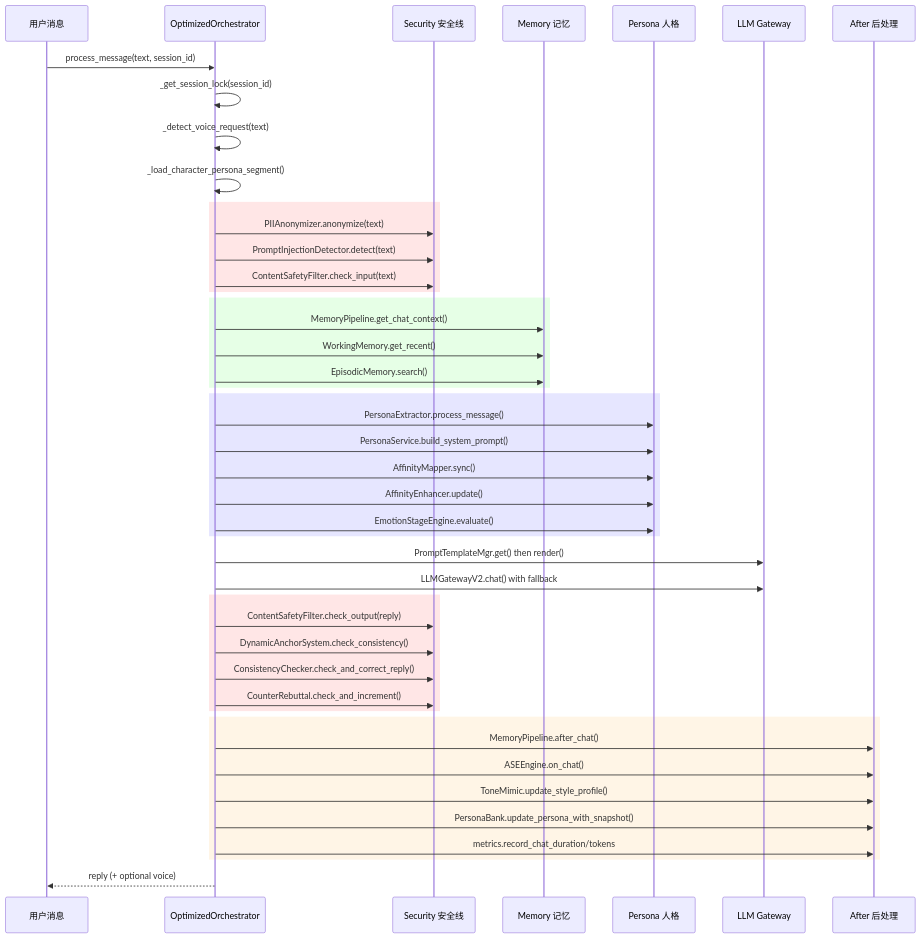
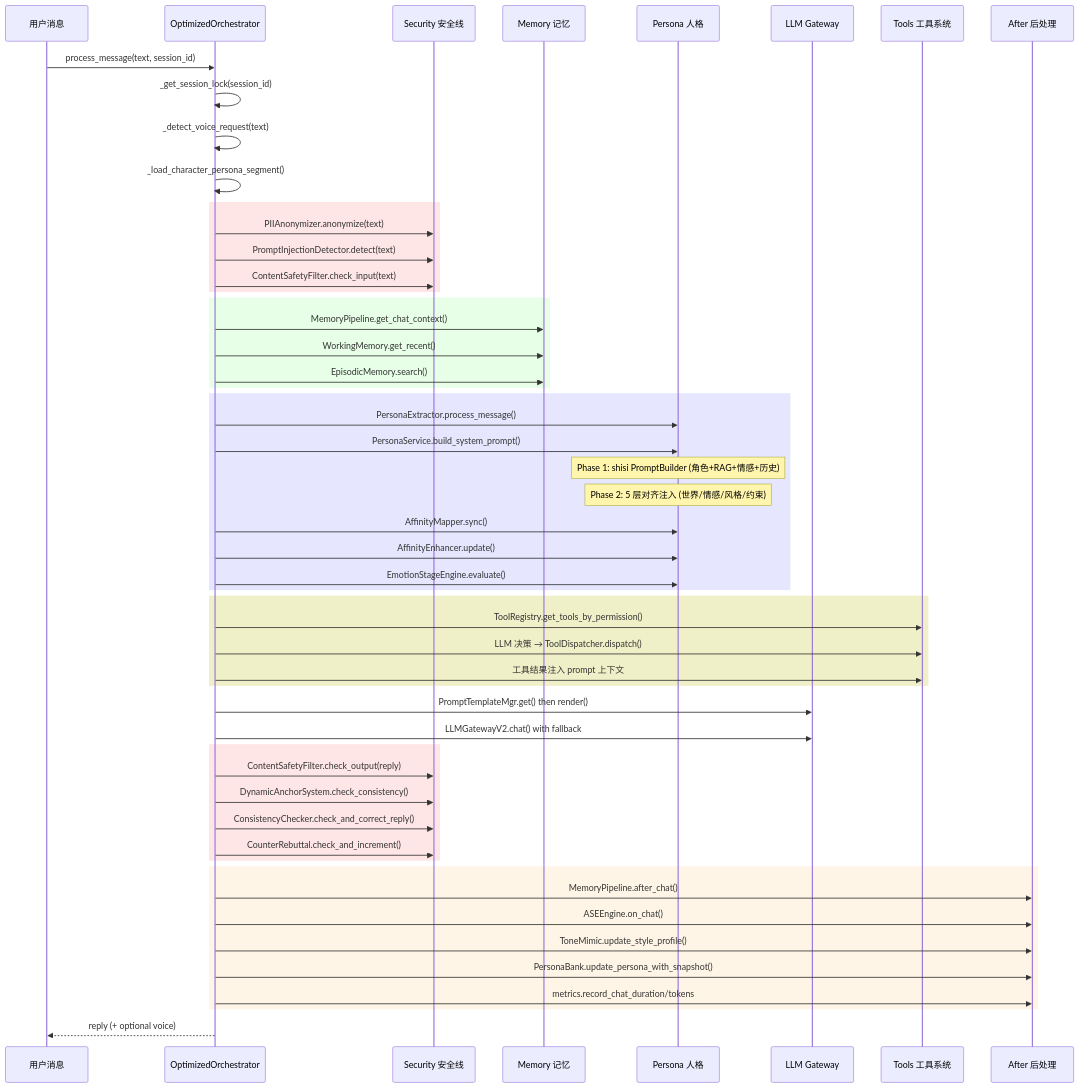
One commit to FOURTEEN1416/fourteen changed the second of 2 diagrams in CODE_GRAPH.md. Above: the diagram before and after it, drawn with Mermaid. The commit also changed other lines of this file and 3 other files, not shown here.

````diff
--- a/CODE_GRAPH.md
+++ b/CODE_GRAPH.md
@@ -82,55 +85,64 @@
 ```mermaid
 sequenceDiagram
     participant U as 用户消息
     participant O as OptimizedOrchestrator
     participant S as Security 安全线
     participant M as Memory 记忆
     participant P as Persona 人格
     participant L as LLM Gateway
+    participant T as Tools 工具系统
     participant A as After 后处理
 
     U->>O: process_message(text, session_id)
     O->>O: _get_session_lock(session_id)
     O->>O: _detect_voice_request(text)
     O->>O: _load_character_persona_segment()
 
     rect rgb(255, 230, 230)
         O->>S: PIIAnonymizer.anonymize(text)
         O->>S: PromptInjectionDetector.detect(text)
         O->>S: ContentSafetyFilter.check_input(text)
     end
 
     rect rgb(230, 255, 230)
         O->>M: MemoryPipeline.get_chat_context()
         O->>M: WorkingMemory.get_recent()
         O->>M: EpisodicMemory.search()
     end
 
     rect rgb(230, 230, 255)
         O->>P: PersonaExtractor.process_message()
         O->>P: PersonaService.build_system_prompt()
+        Note over P: Phase 1: shisi PromptBuilder (角色+RAG+情感+历史)
+        Note over P: Phase 2: 5 层对齐注入 (世界/情感/风格/约束)
         O->>P: AffinityMapper.sync()
         O->>P: AffinityEnhancer.update()
         O->>P: EmotionStageEngine.evaluate()
+    end
+
+    rect rgb(240, 240, 200)
+        O->>T: ToolRegistry.get_tools_by_permission()
+        O->>T: LLM 决策 → ToolDispatcher.dispatch()
+        O->>T: 工具结果注入 prompt 上下文
     end
 
     O->>L: PromptTemplateMgr.get() then render()
     O->>L: LLMGatewayV2.chat() with fallback
 
     rect rgb(255, 230, 230)
         O->>S: ContentSafetyFilter.check_output(reply)
         O->>S: DynamicAnchorSystem.check_consistency()
         O->>S: ConsistencyChecker.check_and_correct_reply()
         O->>S: CounterRebuttal.check_and_increment()
     end
 
     rect rgb(255, 245, 230)
         O->>A: MemoryPipeline.after_chat()
         O->>A: ASEEngine.on_chat()
         O->>A: ToneMimic.update_style_profile()
         O->>A: PersonaBank.update_persona_with_snapshot()
         O->>A: metrics.record_chat_duration/tokens
     end
 
     O-->>U: reply (+ optional voice)
 ```
````
